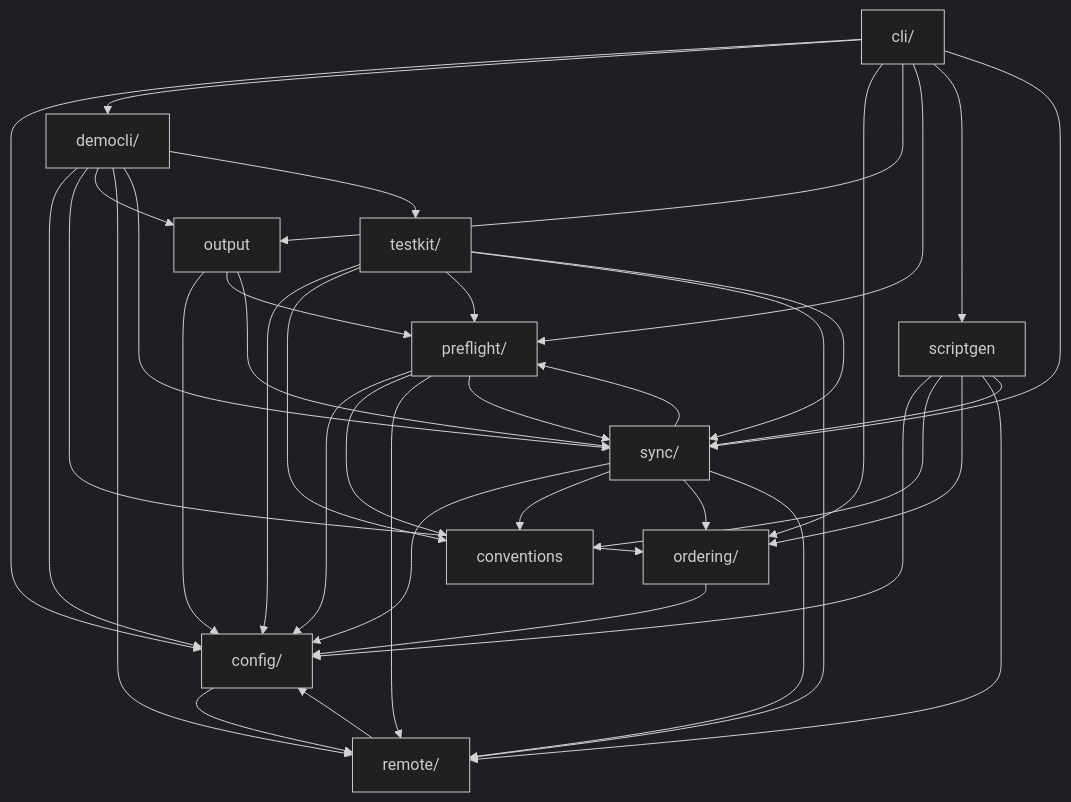
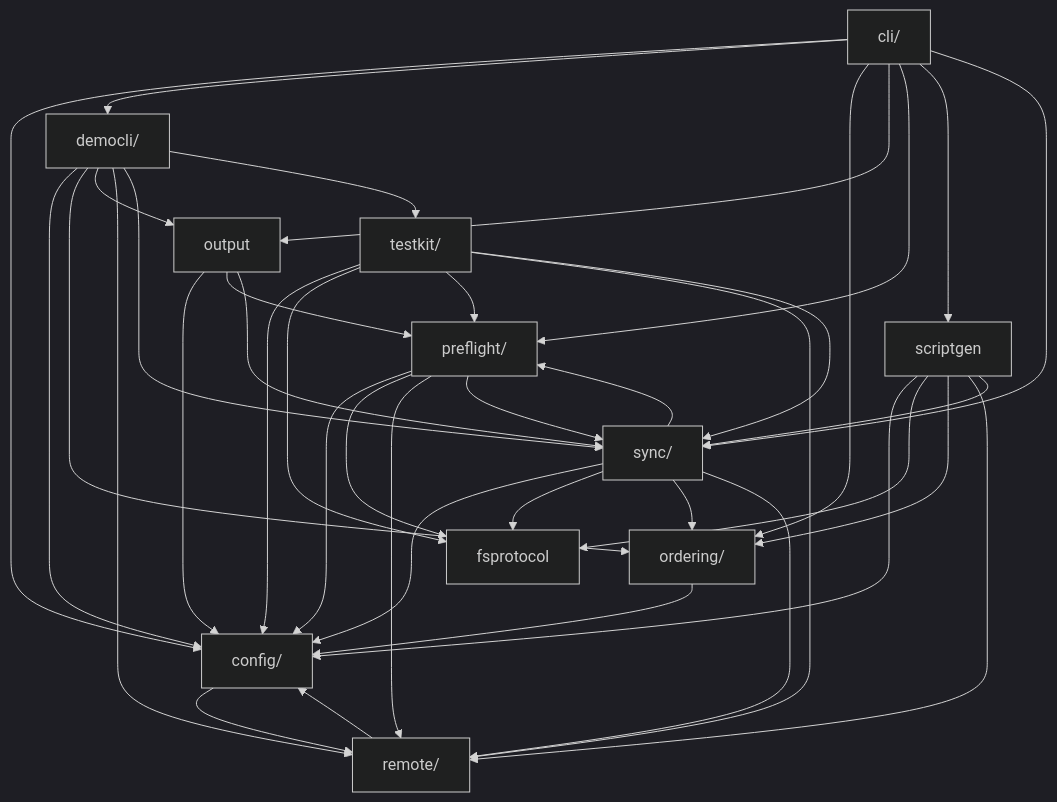
One commit to iglootools/nbkp changed the first of 2 diagrams in docs/architecture.md. Above: the diagram before and after it, drawn with Mermaid (dark theme). The commit also changed 24 other files, not shown here.

Commit message:
refactor: conventions -> fsprotocol

````diff
--- a/docs/architecture.md
+++ b/docs/architecture.md
@@ -7,53 +7,53 @@
 ```mermaid
 graph TD
     cli["cli/"]
     config["config/"]
-    conventions["conventions"]
     democli["democli/"]
+    fsprotocol["fsprotocol"]
     ordering["ordering/"]
     output["output"]
     preflight["preflight/"]
     remote["remote/"]
     scriptgen["scriptgen"]
     sync["sync/"]
     testkit["testkit/"]
 
     cli --> config
     cli --> democli
     cli --> ordering
     cli --> output
     cli --> preflight
     cli --> scriptgen
     cli --> sync
     config --> remote
     democli --> config
     democli --> ordering
     democli --> output
     democli --> remote
     democli --> sync
     democli --> testkit
     ordering --> config
     output --> config
     output --> preflight
     output --> sync
     preflight --> config
-    preflight --> conventions
+    preflight --> fsprotocol
     preflight --> remote
     preflight --> sync
     remote --> config
     scriptgen --> config
-    scriptgen --> conventions
+    scriptgen --> fsprotocol
     scriptgen --> ordering
     scriptgen --> remote
     scriptgen --> sync
     sync --> config
-    sync --> conventions
+    sync --> fsprotocol
     sync --> ordering
     sync --> preflight
     sync --> remote
     testkit --> config
-    testkit --> conventions
+    testkit --> fsprotocol
     testkit --> preflight
     testkit --> remote
     testkit --> sync
 ```
````
